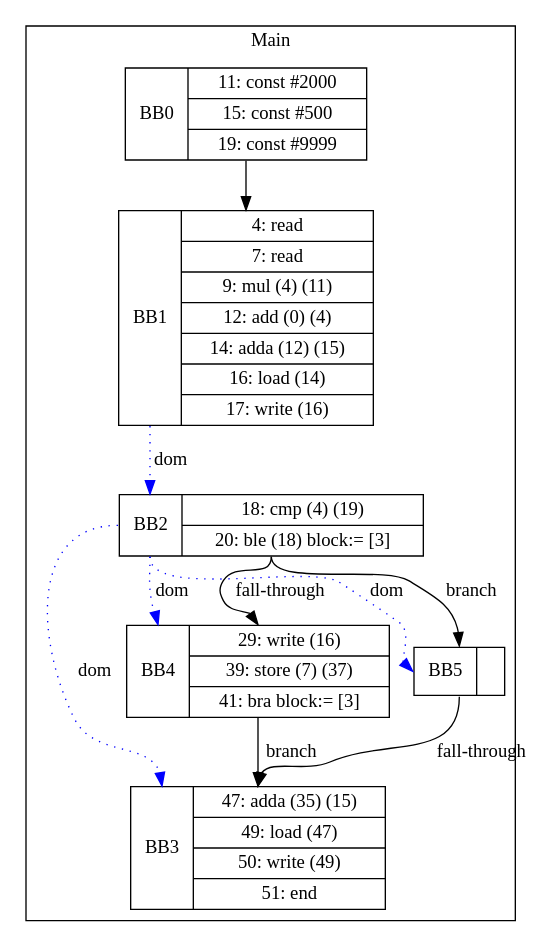
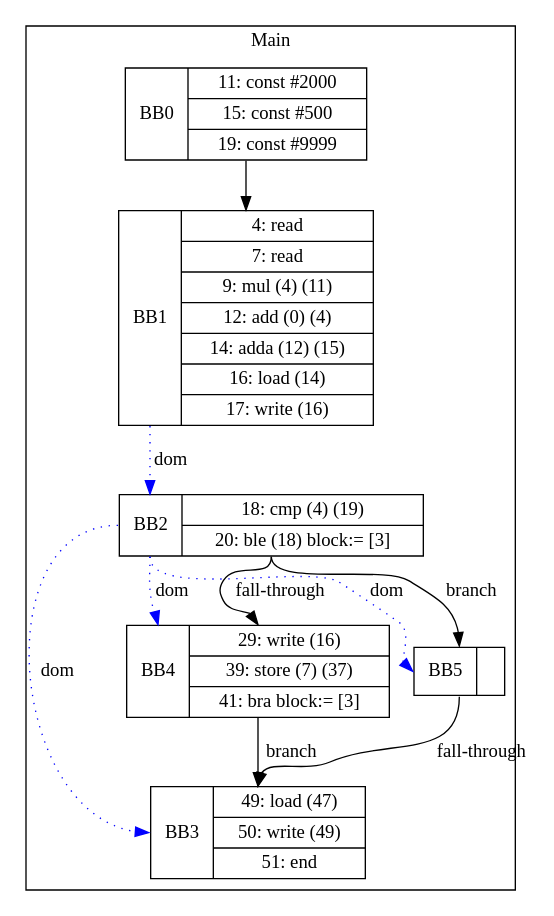
Before and after one commit to zjc664656505/UCI-CS241-Advanced-Compiler-main: the diagram in visualization/phillip/arrays/ifJoinKill.gv, drawn with Graphviz. The commit also changed 12 other files, not shown here.

```diff
--- a/visualization/phillip/arrays/ifJoinKill.gv
+++ b/visualization/phillip/arrays/ifJoinKill.gv
@@ -1,21 +1,21 @@
 digraph G {
 node [shape=record];
 subgraph cluster_main{
 label = "Main";
 BB0 [shape=record, label="<b>BB0|{11: const #2000|15: const #500|19: const #9999}"];
 BB1 [shape=record, label="<b>BB1|{4: read|7: read|9: mul (4) (11)|12: add (0) (4)|14: adda (12) (15)|16: load (14)|17: write (16)}"];
 BB2 [shape=record, label="<b>BB2|{18: cmp (4) (19)|20: ble (18) block:= [3]}"];
-BB3 [shape=record, label="<b>BB3|{47: adda (35) (15)|49: load (47)|50: write (49)|51: end}"];
+BB3 [shape=record, label="<b>BB3|{49: load (47)|50: write (49)|51: end}"];
 BB4 [shape=record, label="<b>BB4|{29: write (16)|39: store (7) (37)|41: bra block:= [3]}"];
 BB5 [shape=record, label="<b>BB5|}"];
 }
 BB0:s -> BB1:n ;
 BB2:b -> BB3:b [color=blue, style=dotted, label="dom"];
 BB2:b -> BB4:b [color=blue, style=dotted, label="dom"];
 BB1:b -> BB2:b [color=blue, style=dotted, label="dom"];
 BB2:b -> BB5:b [color=blue, style=dotted, label="dom"];
 BB2:s -> BB5:n [label="branch"];
 BB4:s -> BB3:n [label="branch"];
 BB5:s -> BB3:n [label="fall-through"];
 BB2:s -> BB4:n [label="fall-through"];
 }
```
